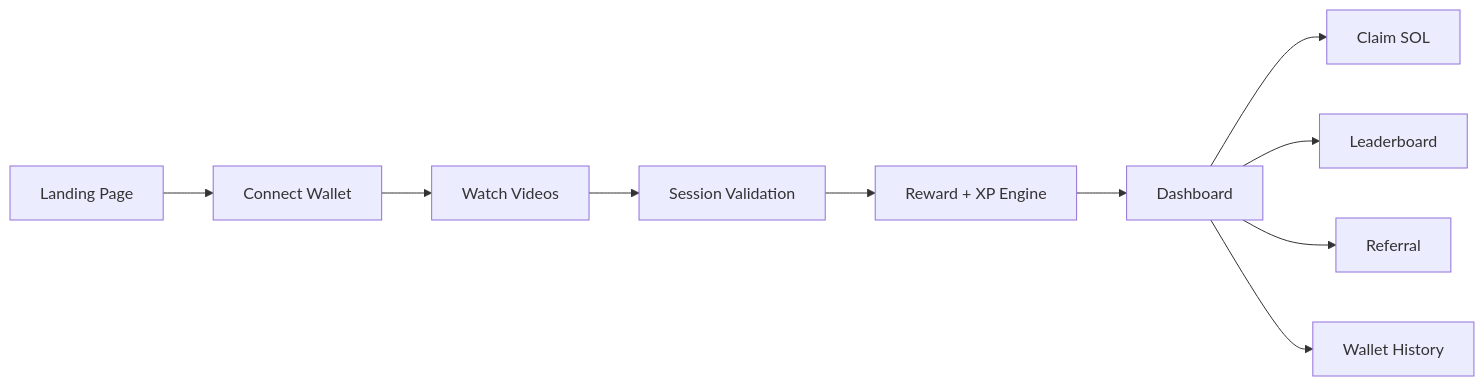
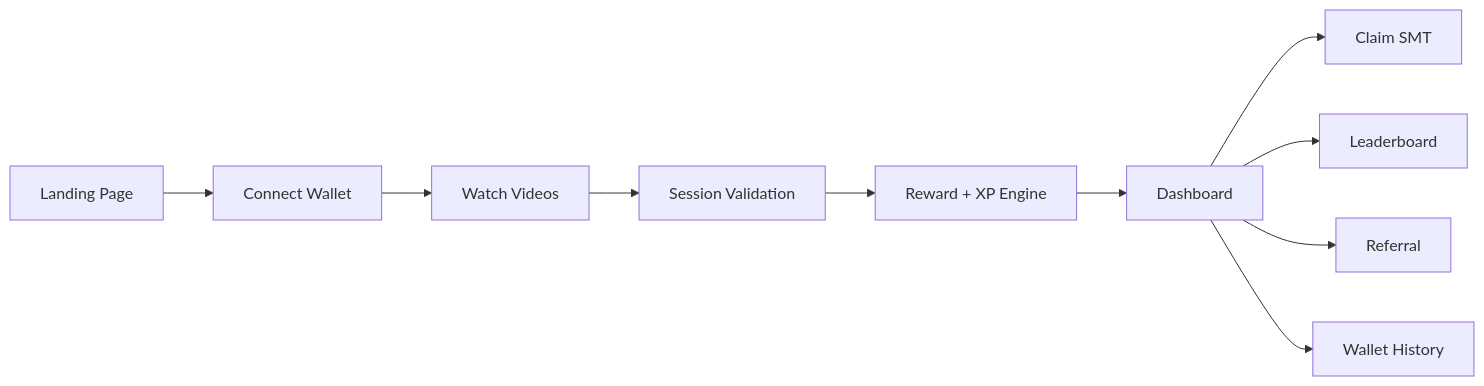
One commit to artomily/samono changed the first of 4 diagrams in README.md. Above: the diagram before and after it, drawn with Mermaid. The commit also changed other lines of this file and 77 other files, not shown here.

````diff
--- a/README.md
+++ b/README.md
@@ -51,12 +56,12 @@
 ```mermaid
 flowchart LR
 	A[Landing Page] --> B[Connect Wallet]
 	B --> C[Watch Videos]
 	C --> D[Session Validation]
 	D --> E[Reward + XP Engine]
 	E --> F[Dashboard]
-	F --> G[Claim SOL]
+	F --> G[Claim SMT]
 	F --> H[Leaderboard]
 	F --> I[Referral]
 	F --> J[Wallet History]
 ```
````
